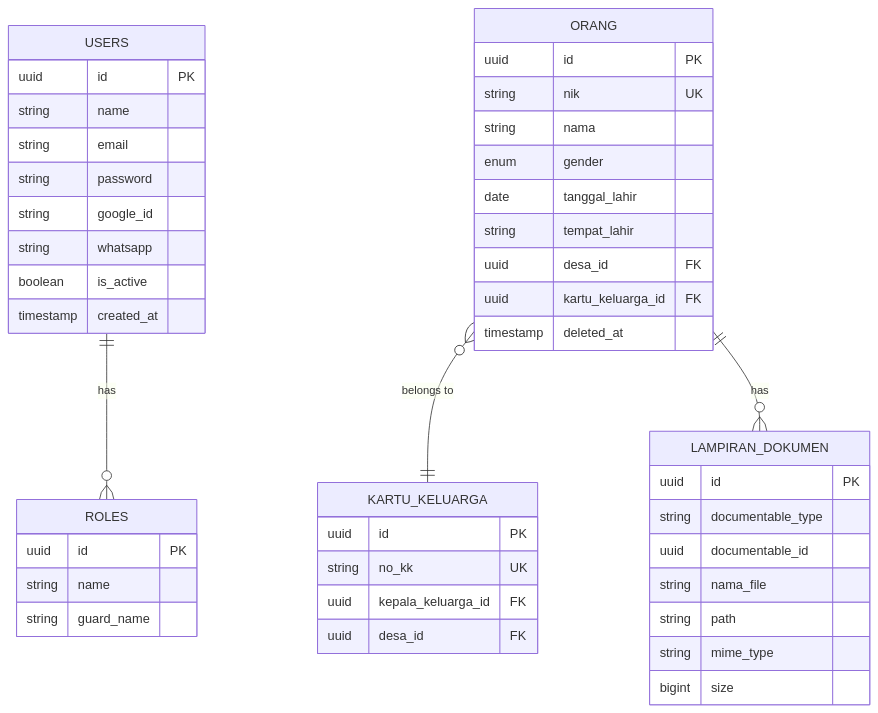
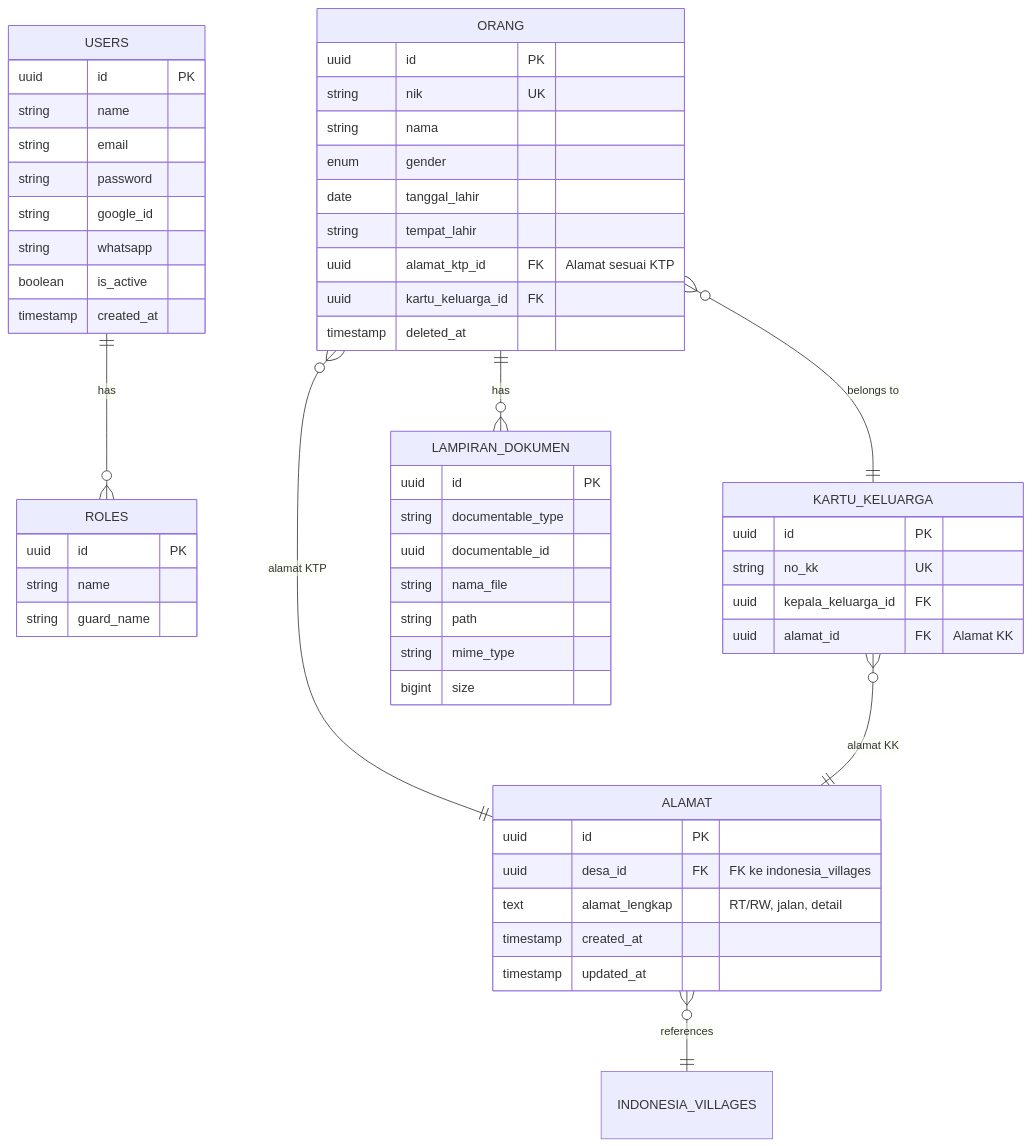
Before and after one commit to daarululuumlido/peduliku-v3: the diagram in docs/fase/fase-1-fondasi.md, drawn with Mermaid. The commit also changed 1 other file, not shown here.

Commit message:
📍 docs(fase): add alamat entity & address refs
Introduce a dedicated alamat entity and replace direct desa_id links with explicit alamat_ktp_id and alamat_id on person and family records to normalize address data and improve consistency across modules.

Require alamat_domisili_id on peran_pegawai to capture employee domicile (can match KTP), clarifying HRIS expectations for address data.

Improves data integrity and simplifies address management between ER and HRIS documentation.

````diff
--- a/docs/fase/fase-1-fondasi.md
+++ b/docs/fase/fase-1-fondasi.md
@@ -57,52 +57,63 @@
 ```mermaid
 erDiagram
     USERS {
         uuid id PK
         string name
         string email
         string password
         string google_id
         string whatsapp
         boolean is_active
         timestamp created_at
     }
     
     ROLES {
         uuid id PK
         string name
         string guard_name
     }
     
+    ALAMAT {
+        uuid id PK
+        uuid desa_id FK "FK ke indonesia_villages"
+        text alamat_lengkap "RT/RW, jalan, detail"
+        timestamp created_at
+        timestamp updated_at
+    }
+    
     ORANG {
         uuid id PK
         string nik UK
         string nama
         enum gender
         date tanggal_lahir
         string tempat_lahir
-        uuid desa_id FK
+        uuid alamat_ktp_id FK "Alamat sesuai KTP"
         uuid kartu_keluarga_id FK
         timestamp deleted_at
     }
     
     KARTU_KELUARGA {
         uuid id PK
         string no_kk UK
         uuid kepala_keluarga_id FK
-        uuid desa_id FK
+        uuid alamat_id FK "Alamat KK"
     }
     
     LAMPIRAN_DOKUMEN {
         uuid id PK
         string documentable_type
         uuid documentable_id
         string nama_file
         string path
         string mime_type
         bigint size
     }
     
+    ALAMAT }o--|| INDONESIA_VILLAGES : "references"
+    ORANG }o--|| ALAMAT : "alamat KTP"
+    ORANG }o--|| KARTU_KELUARGA : "belongs to"
+    KARTU_KELUARGA }o--|| ALAMAT : "alamat KK"
+    ORANG ||--o{ LAMPIRAN_DOKUMEN : "has"
     USERS ||--o{ ROLES : "has"
-    ORANG }o--|| KARTU_KELUARGA : "belongs to"
-    ORANG ||--o{ LAMPIRAN_DOKUMEN : "has"
 ```
````
